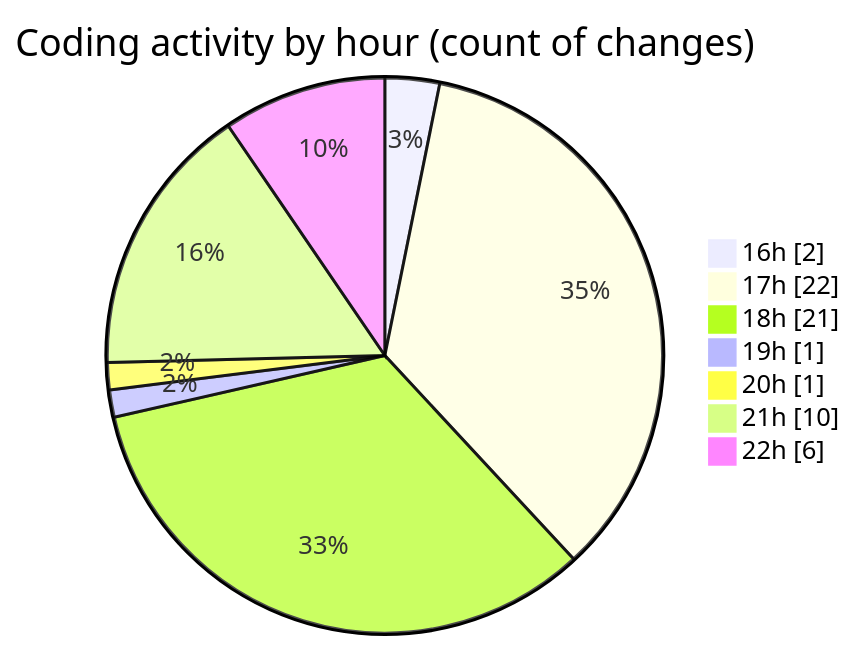
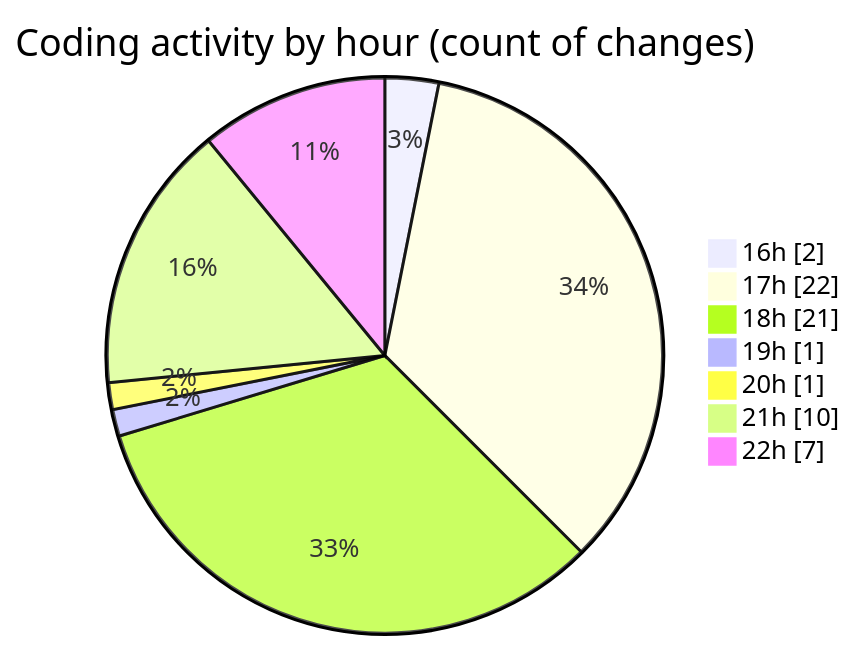
One commit to Elitesun/code-tracking changed the second of 2 diagrams in 2025-01-24/react/README.md. Above: the diagram before and after it, drawn with Mermaid. The commit also changed other lines of this file and 1 other file, not shown here.

````diff
--- a/2025-01-24/react/README.md
+++ b/2025-01-24/react/README.md
@@ -39,11 +39,11 @@
 ```mermaid
 pie showData
 title Coding activity by hour (count of changes)
 "16h" : 2
 "17h" : 22
 "18h" : 21
 "19h" : 1
 "20h" : 1
 "21h" : 10
-"22h" : 6
+"22h" : 7
 ```
````
